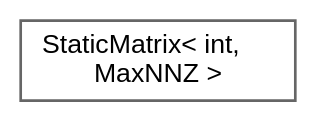
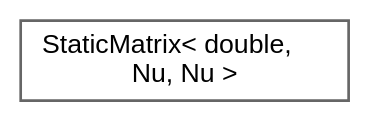
Before and after one commit to jswoo0615/Algorithms_for_Optimization_cpp: the diagram in inherit_graph_98.dot, drawn with Graphviz. The commit also changed 137 other files, not shown here.

```diff
--- a/inherit_graph_98.dot
+++ b/inherit_graph_98.dot
@@ -1,9 +1,9 @@
 digraph "Graphical Class Hierarchy"
 {
  // LATEX_PDF_SIZE
   bgcolor="transparent";
   edge [fontname=Helvetica,fontsize=10,labelfontname=Helvetica,labelfontsize=10];
   node [fontname=Helvetica,fontsize=10,shape=box,height=0.2,width=0.4];
   rankdir="LR";
-  Node0 [id="Node000000",label="StaticMatrix\< int,\l MaxNNZ \>",height=0.2,width=0.4,color="grey40", fillcolor="white", style="filled",URL="$classStaticMatrix.html",tooltip=" "];
+  Node0 [id="Node000000",label="StaticMatrix\< double,\l Nu, Nu \>",height=0.2,width=0.4,color="grey40", fillcolor="white", style="filled",URL="$classStaticMatrix.html",tooltip=" "];
 }
```
